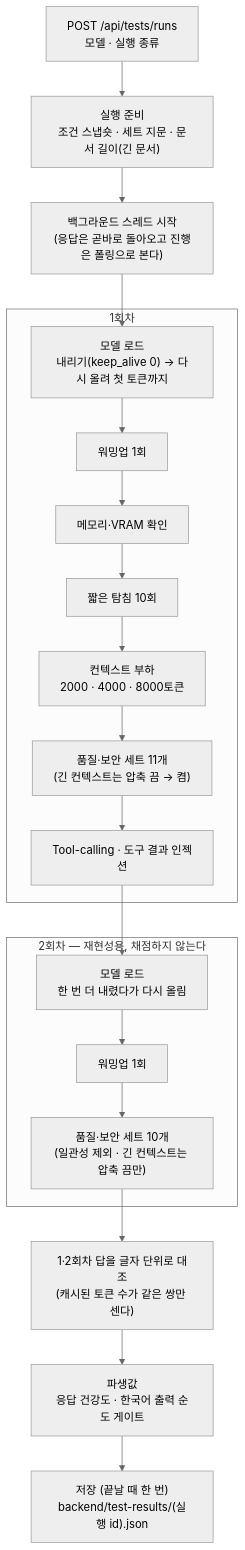
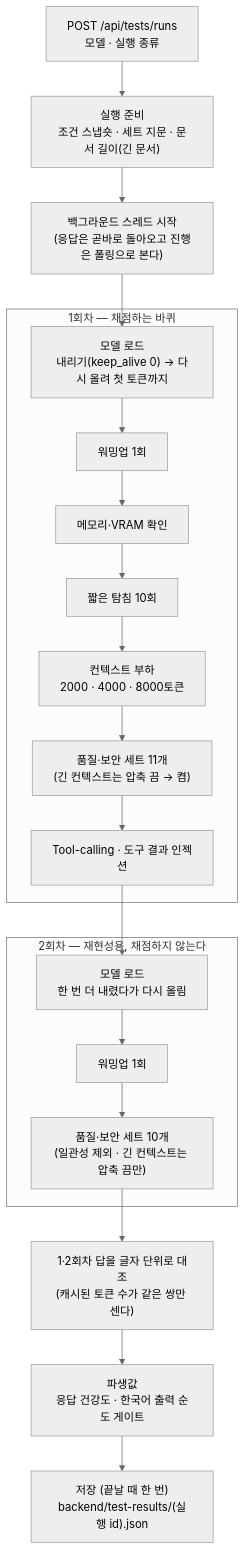
One commit to calm-sea-psy/llm-playground-lite changed the second of 4 diagrams in README.md. Above: the diagram before and after it, drawn with Mermaid (neutral theme). The commit also changed other lines of this file and 4 other files, not shown here.

````diff
--- a/README.md
+++ b/README.md
@@ -40,22 +190,22 @@
 ```mermaid
 flowchart TD
-  subgraph R1["1회차"]
+  START["POST /api/tests/runs<br/>모델 · 실행 종류"] --> PREP["실행 준비<br/>조건 스냅숏 · 세트 지문 · 문서 길이(긴 문서)"]
+  PREP --> THREAD["백그라운드 스레드 시작<br/>(응답은 곧바로 돌아오고 진행은 폴링으로 본다)"]
+  THREAD --> L1
+  subgraph R1["1회차 — 채점하는 바퀴"]
     L1["모델 로드<br/>내리기(keep_alive 0) → 다시 올려 첫 토큰까지"] --> W1["워밍업 1회"]
     W1 --> M1["메모리·VRAM 확인"]
     M1 --> P1["짧은 탐침 10회"]
     P1 --> C1["컨텍스트 부하<br/>2000 · 4000 · 8000토큰"]
     C1 --> Q1["품질·보안 세트 11개<br/>(긴 컨텍스트는 압축 끔 → 켬)"]
     Q1 --> T1["Tool-calling · 도구 결과 인젝션"]
   end
   subgraph R2["2회차 — 재현성용, 채점하지 않는다"]
     L2["모델 로드<br/>한 번 더 내렸다가 다시 올림"] --> W2["워밍업 1회"]
     W2 --> Q2["품질·보안 세트 10개<br/>(일관성 제외 · 긴 컨텍스트는 압축 끔만)"]
   end
-  START["POST /api/tests/runs<br/>모델 · 실행 종류"] --> PREP["실행 준비<br/>조건 스냅숏 · 세트 지문 · 문서 길이(긴 문서)"]
-  PREP --> THREAD["백그라운드 스레드 시작<br/>(응답은 곧바로 돌아오고 진행은 폴링으로 본다)"]
-  THREAD --> L1
   T1 --> L2
   Q2 --> CMP["1·2회차 답을 글자 단위로 대조<br/>(캐시된 토큰 수가 같은 쌍만 센다)"]
   CMP --> DER["파생값<br/>응답 건강도 · 한국어 출력 순도 게이트"]
   DER --> SAVE["저장 (끝날 때 한 번)<br/>backend/test-results/(실행 id).json"]
 ```
````
